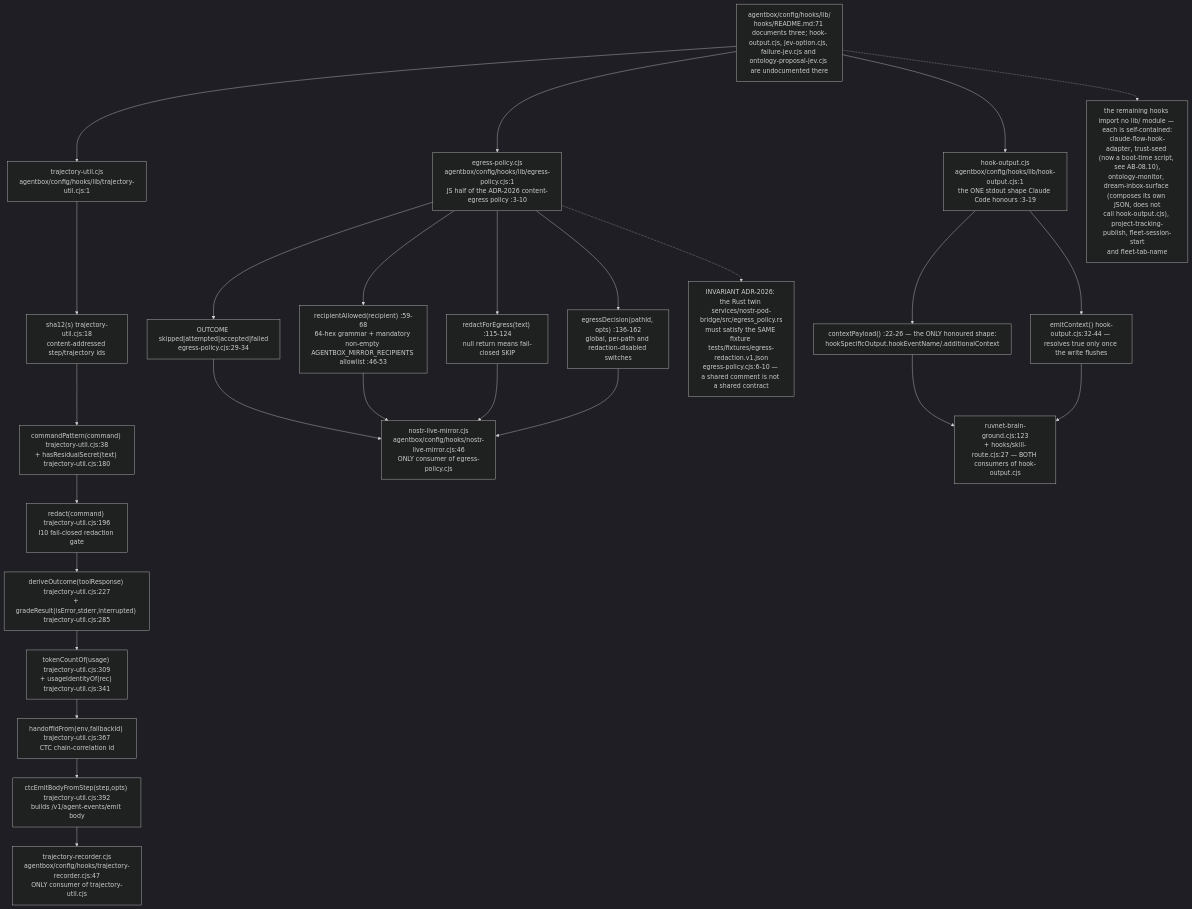
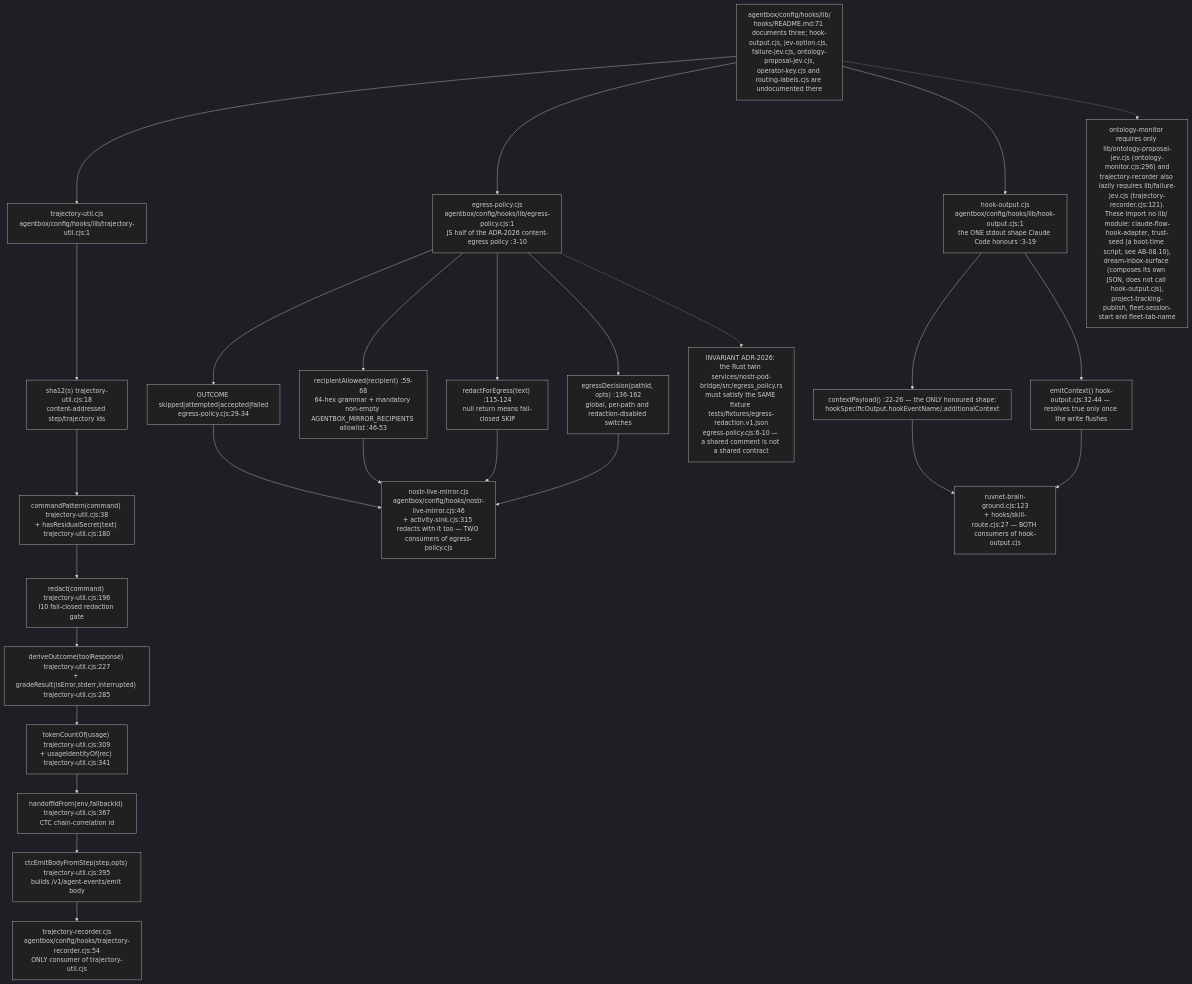
Before and after one commit to DreamLab-AI/VisionFlow: diagram 11 of 13 in docs/diagrams/agentbox/08-hooks-pipeline.md, drawn with Mermaid (dark theme). The commit also changed other lines of this file and 173 other files, not shown here.

````diff
--- a/docs/diagrams/agentbox/08-hooks-pipeline.md
+++ b/docs/diagrams/agentbox/08-hooks-pipeline.md
@@ -490,36 +505,36 @@
 ```mermaid
 flowchart TD
-    LIBDIR["agentbox/config/hooks/lib/<br/>hooks/README.md:71 documents three; hook-output.cjs, jev-option.cjs, failure-jev.cjs and ontology-proposal-jev.cjs are undocumented there"]
+    LIBDIR["agentbox/config/hooks/lib/<br/>hooks/README.md:71 documents three; hook-output.cjs, jev-option.cjs, failure-jev.cjs, ontology-proposal-jev.cjs,<br/>operator-key.cjs and routing-labels.cjs are undocumented there"]
     UT["trajectory-util.cjs<br/>agentbox/config/hooks/lib/trajectory-util.cjs:1"]
     EG["egress-policy.cjs<br/>agentbox/config/hooks/lib/egress-policy.cjs:1<br/>JS half of the ADR-2026 content-egress policy :3-10"]
     HO["hook-output.cjs<br/>agentbox/config/hooks/lib/hook-output.cjs:1<br/>the ONE stdout shape Claude Code honours :3-19"]
     LIBDIR --> UT
     LIBDIR --> EG
     LIBDIR --> HO
     F1["sha12#40;s#41; trajectory-util.cjs:18<br/>content-addressed step/trajectory ids"]
     F2["commandPattern#40;command#41; trajectory-util.cjs:38<br/>+ hasResidualSecret#40;text#41; trajectory-util.cjs:180"]
     F3["redact#40;command#41; trajectory-util.cjs:196<br/>I10 fail-closed redaction gate"]
     F4["deriveOutcome#40;toolResponse#41; trajectory-util.cjs:227<br/>+ gradeResult#40;isError,stderr,interrupted#41; trajectory-util.cjs:285"]
     F5["tokenCountOf#40;usage#41; trajectory-util.cjs:309<br/>+ usageIdentityOf#40;rec#41; trajectory-util.cjs:341"]
     F6["handoffIdFrom#40;env,fallbackId#41; trajectory-util.cjs:367<br/>CTC chain-correlation id"]
-    F7["ctcEmitBodyFromStep#40;step,opts#41; trajectory-util.cjs:392<br/>builds /v1/agent-events/emit body"]
+    F7["ctcEmitBodyFromStep#40;step,opts#41; trajectory-util.cjs:395<br/>builds /v1/agent-events/emit body"]
     UT --> F1 --> F2 --> F3 --> F4 --> F5 --> F6 --> F7
     G1["OUTCOME skipped#124;attempted#124;accepted#124;failed<br/>egress-policy.cjs:29-34"]
     G2["recipientAllowed#40;recipient#41; :59-68<br/>64-hex grammar #43; mandatory non-empty AGENTBOX_MIRROR_RECIPIENTS allowlist :46-53"]
     G3["redactForEgress#40;text#41; :115-124<br/>null return means fail-closed SKIP"]
     G4["egressDecision#40;pathId, opts#41; :136-162<br/>global, per-path and redaction-disabled switches"]
     EG --> G1 & G2 & G3 & G4
     H1["contextPayload#40;#41; :22-26 — the ONLY honoured shape:<br/>hookSpecificOutput.hookEventName/.additionalContext"]
     H2["emitContext#40;#41; hook-output.cjs:32-44 — resolves true only once the write flushes"]
     HO --> H1 & H2
-    TR["trajectory-recorder.cjs<br/>agentbox/config/hooks/trajectory-recorder.cjs:47<br/>ONLY consumer of trajectory-util.cjs"]
-    NM["nostr-live-mirror.cjs<br/>agentbox/config/hooks/nostr-live-mirror.cjs:46<br/>ONLY consumer of egress-policy.cjs"]
+    TR["trajectory-recorder.cjs<br/>agentbox/config/hooks/trajectory-recorder.cjs:54<br/>ONLY consumer of trajectory-util.cjs"]
+    NM["nostr-live-mirror.cjs<br/>agentbox/config/hooks/nostr-live-mirror.cjs:46<br/>+ activity-sink.cjs:315 redacts with it too — TWO consumers of egress-policy.cjs"]
     RBG["ruvnet-brain-ground.cjs:123<br/>+ hooks/skill-route.cjs:27 — BOTH consumers of hook-output.cjs"]
     F7 --> TR
     G1 & G2 & G3 & G4 --> NM
     H1 & H2 --> RBG
     PAIR["INVARIANT ADR-2026: the Rust twin services/nostr-pod-bridge/src/egress_policy.rs<br/>must satisfy the SAME fixture tests/fixtures/egress-redaction.v1.json<br/>egress-policy.cjs:6-10 — a shared comment is not a shared contract"]
     EG -.-> PAIR
-    OTHER["the remaining hooks import no lib/ module — each is self-contained:<br/>claude-flow-hook-adapter, trust-seed #40;now a boot-time script, see AB-08.10#41;,<br/>ontology-monitor, dream-inbox-surface #40;composes its own JSON, does not<br/>call hook-output.cjs#41;, project-tracking-publish, fleet-session-start<br/>and fleet-tab-name"]
+    OTHER["ontology-monitor requires only lib/ontology-proposal-jev.cjs #40;ontology-monitor.cjs:296#41; and<br/>trajectory-recorder also lazily requires lib/failure-jev.cjs #40;trajectory-recorder.cjs:121#41;.<br/>These import no lib/ module: claude-flow-hook-adapter, trust-seed #40;a boot-time script, see AB-08.10#41;,<br/>dream-inbox-surface #40;composes its own JSON, does not call hook-output.cjs#41;,<br/>project-tracking-publish, fleet-session-start and fleet-tab-name"]
     LIBDIR -.-> OTHER
 ```
````
